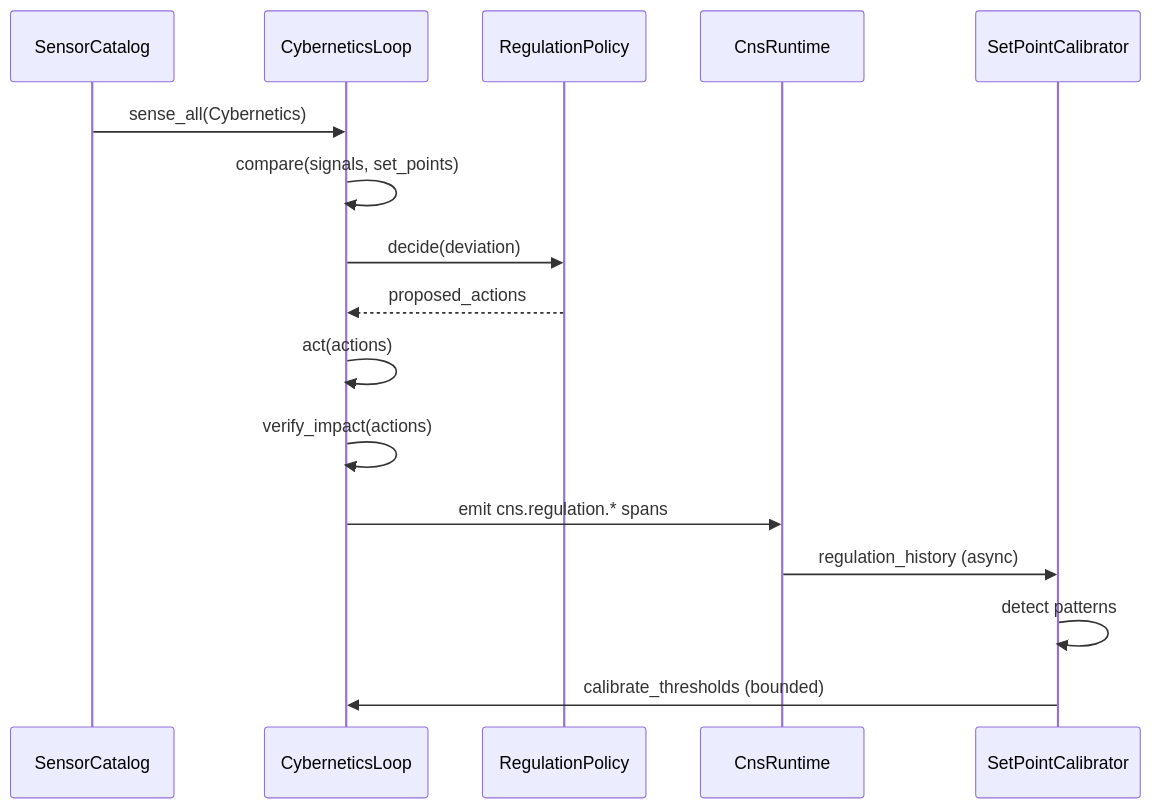
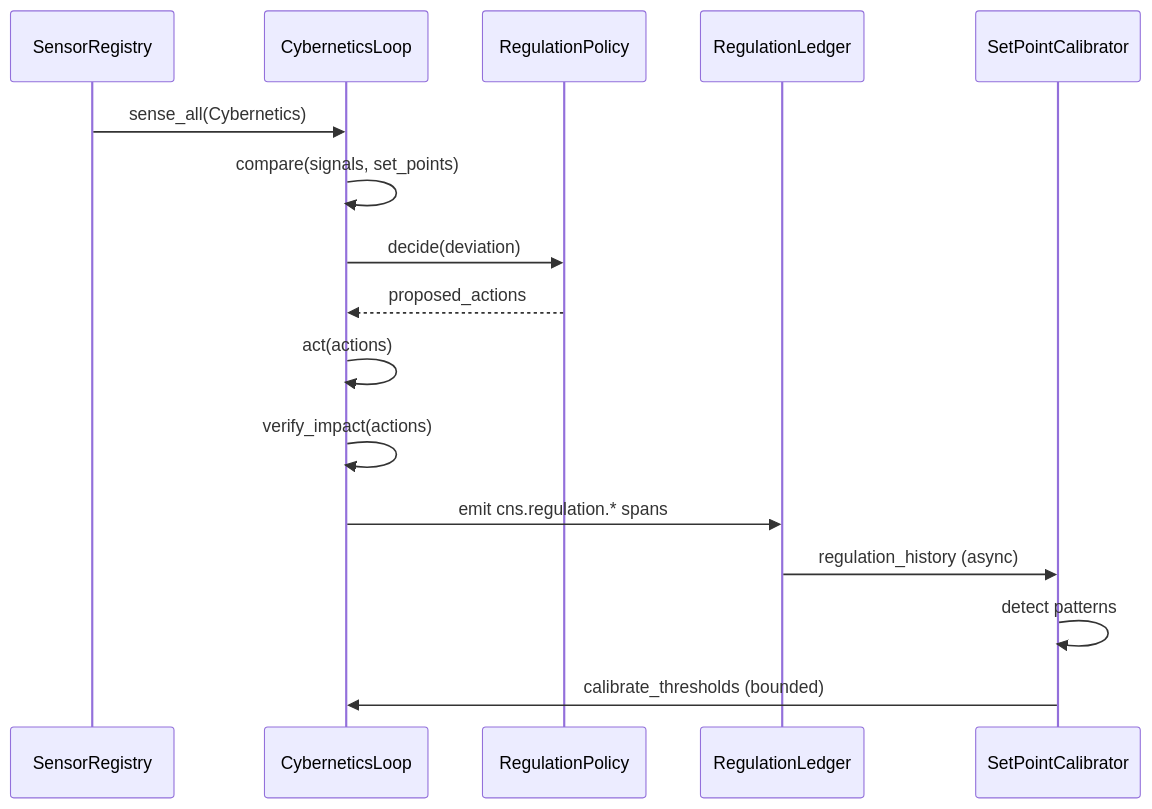
The second of 6 diagrams in docs/architecture/core/toyota-kata-cybernetic-mapping.md (mdz-axo/hKask), drawn with Mermaid before and after one commit. The commit also changed other lines of this file and 35 other files, not shown here.

First line of the commit message:
document update - name change cns to regulationRename CNS types to regulation terminology in docs

````diff
--- a/docs/architecture/core/toyota-kata-cybernetic-mapping.md
+++ b/docs/architecture/core/toyota-kata-cybernetic-mapping.md
@@ -277,19 +277,19 @@
 ```mermaid
 sequenceDiagram
-    participant SC as SensorCatalog
+    participant SC as SensorRegistry
     participant CL as CyberneticsLoop
     participant RP as RegulationPolicy
-    participant CR as CnsRuntime
+    participant CR as RegulationLedger
     participant SPC as SetPointCalibrator
 
     SC->>CL: sense_all(Cybernetics)
     CL->>CL: compare(signals, set_points)
     CL->>RP: decide(deviation)
     RP-->>CL: proposed_actions
     CL->>CL: act(actions)
     CL->>CL: verify_impact(actions)
     CL->>CR: emit cns.regulation.* spans
     CR->>SPC: regulation_history (async)
     SPC->>SPC: detect patterns
     SPC->>CL: calibrate_thresholds (bounded)
 ```
````
